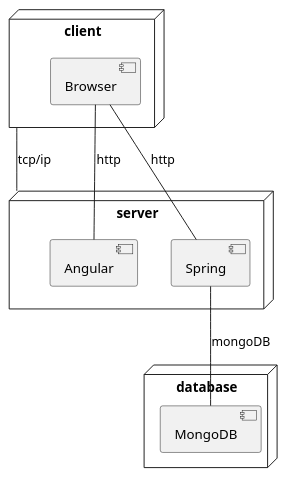
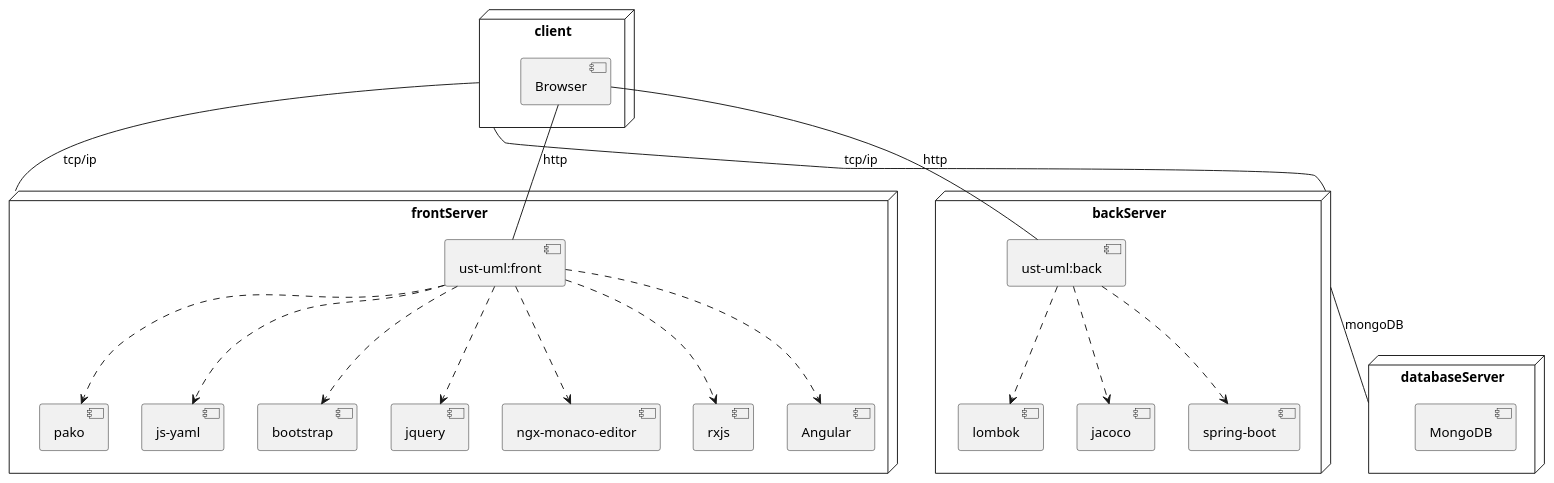
Before and after one commit to x-USantaTecla-project-ustUML/requirements: the first of 2 diagrams in docs/diagrams/src/design.wsd, drawn with PlantUML. The commit also changed 1 other file, not shown here.

```diff
--- a/docs/diagrams/src/design.wsd
+++ b/docs/diagrams/src/design.wsd
@@ -1,20 +1,45 @@
 @startuml deployView
 
 node client { 
     component Browser
 }
 
-node server {
+node frontServer {
+    component front as "ust-uml:front"
     component Angular
-    component Spring
+    component pako
+    component yaml as "js-yaml"
+    component bootstrap
+    component jquery
+    component monaco as "ngx-monaco-editor"
+    component rxjs
 }
 
-node database {
+node backServer {
+    component back as "ust-uml:back"
+    component spring as "spring-boot"
+    component lombok
+    component jacoco
+}
+
+front .down.> Angular
+front .down.> pako
+front .down.> yaml
+front .down.> bootstrap
+front .down.> jquery
+front .down.> monaco
+front .down.> rxjs
+back .down.> spring
+back .down.> lombok
+back .down.> jacoco
+
+node databaseServer {
     component MongoDB
 }
 
-client -down- server: tcp/ip
-Browser -down- Spring: http
-Browser -down- Angular: http
-Spring -down- MongoDB: mongoDB
+client -down- backServer: tcp/ip
+client -down- frontServer: tcp/ip
+Browser -down- back: http
+Browser -down- front: http
+backServer -down- databaseServer: mongoDB
 @enduml
```
